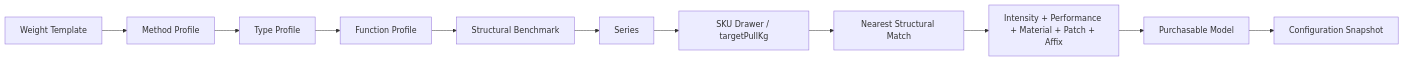
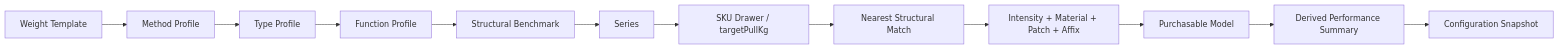
The diagram in docs/tackle-forger-development-spec-v3.md (futouyiba/tackle-forger), drawn with Mermaid before and after one commit. The commit also changed other lines of this file and 7 other files, not shown here.

````diff
--- a/docs/tackle-forger-development-spec-v3.md
+++ b/docs/tackle-forger-development-spec-v3.md
@@ -70,13 +71,14 @@
 ```mermaid
 flowchart LR
     A["Weight Template"] --> B["Method Profile"]
     B --> C["Type Profile"]
     C --> D["Function Profile"]
     D --> E["Structural Benchmark"]
     E --> F["Series"]
     F --> G["SKU Drawer / targetPullKg"]
     G --> H["Nearest Structural Match"]
-    H --> I["Intensity + Performance + Material + Patch + Affix"]
+    H --> I["Intensity + Material + Patch + Affix"]
     I --> J["Purchasable Model"]
-    J --> K["Configuration Snapshot"]
+    J --> P["Derived Performance Summary"]
+    P --> K["Configuration Snapshot"]
 ```
````
